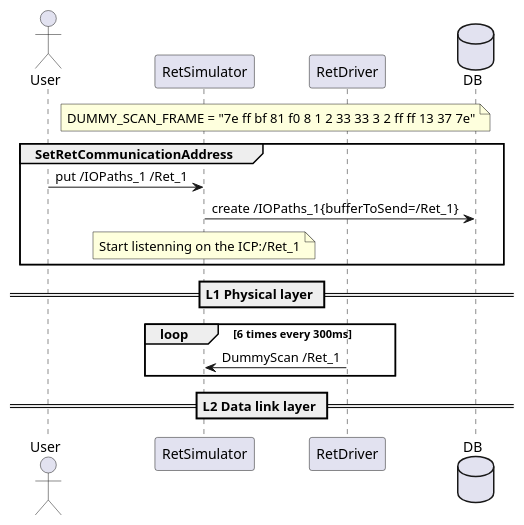
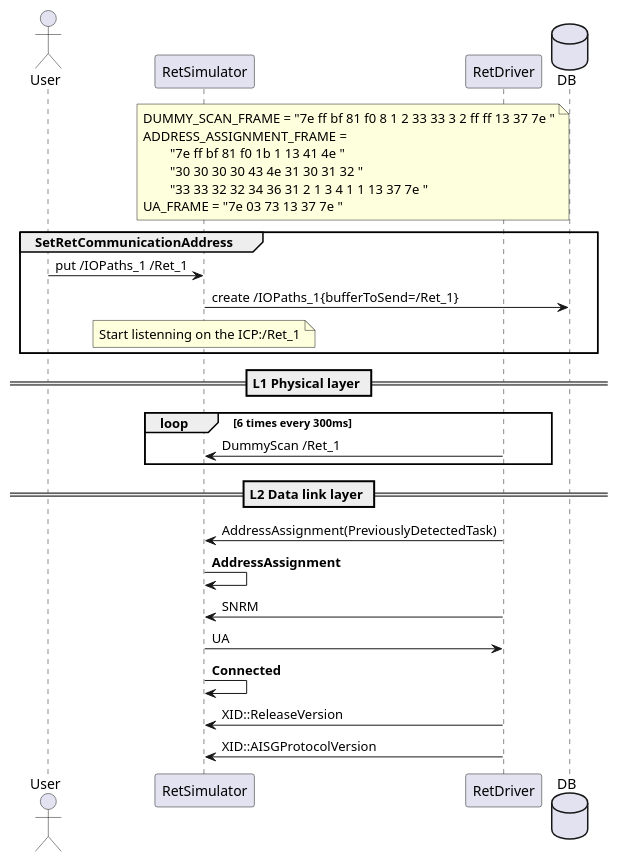
Before and after one commit to trunksBT/Almag_RetSimulator: the diagram in docs/UML_DiagramOfSequence.wsd, drawn with PlantUML.

Commit message:
Diagram of sequence

```diff
--- a/docs/UML_DiagramOfSequence.wsd
+++ b/docs/UML_DiagramOfSequence.wsd
@@ -1,32 +1,46 @@
 @startuml
 
 actor User
 participant RetSimulator
 participant RetDriver
 database DB
 
 note over RetSimulator, RetDriver
-DUMMY_SCAN_FRAME = "7e ff bf 81 f0 8 1 2 33 33 3 2 ff ff 13 37 7e"
+DUMMY_SCAN_FRAME = "7e ff bf 81 f0 8 1 2 33 33 3 2 ff ff 13 37 7e "
+ADDRESS_ASSIGNMENT_FRAME =
+        "7e ff bf 81 f0 1b 1 13 41 4e "
+        "30 30 30 30 43 4e 31 30 31 32 "
+        "33 33 32 32 34 36 31 2 1 3 4 1 1 13 37 7e "
+UA_FRAME = "7e 03 73 13 37 7e "
 end note
 
 group SetRetCommunicationAddress
 
 User -> RetSimulator : put /IOPaths_1 /Ret_1
 RetSimulator -> DB : create /IOPaths_1{bufferToSend=/Ret_1}
 
 note over RetSimulator
 Start listenning on the ICP:/Ret_1
 end note
 
 end group
 
 == L1 Physical layer ==
 
 
 loop 6 times every 300ms
     RetDriver -> RetSimulator : DummyScan /Ret_1
 end
 
 == L2 Data link layer ==
 
+RetDriver -> RetSimulator : AddressAssignment(PreviouslyDetectedTask)
+RetSimulator -> RetSimulator : **AddressAssignment**
+RetDriver -> RetSimulator : SNRM
+RetSimulator -> RetDriver : UA
+RetSimulator -> RetSimulator : **Connected**
+
+RetDriver -> RetSimulator : XID::ReleaseVersion
+RetDriver -> RetSimulator : XID::AISGProtocolVersion
+
 @enduml
```
